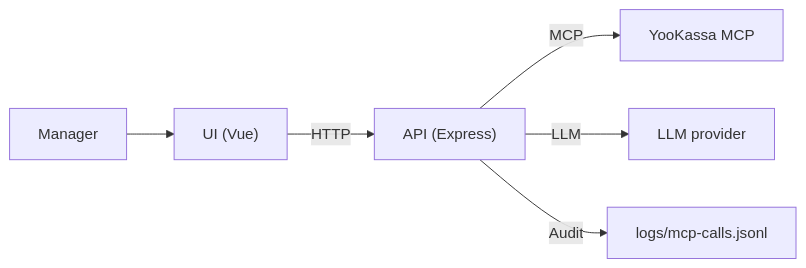
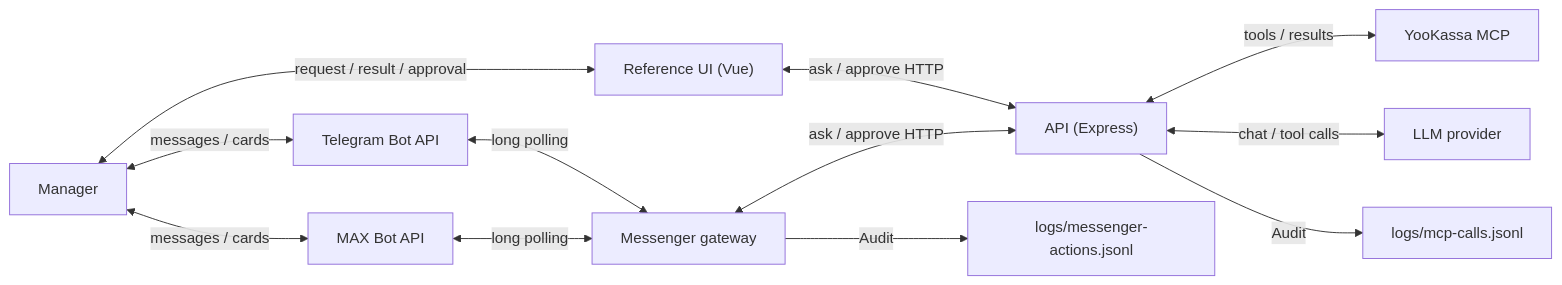
Before and after one commit to alekstar79/ykassa-mcp-integrator: the diagram in docs/architecture.md, drawn with Mermaid. The commit also changed other lines of this file and 10 other files, not shown here.

First line of the commit message:
docs: align architecture and product guidance

````diff
--- a/docs/architecture.md
+++ b/docs/architecture.md
@@ -5,8 +5,14 @@
 ```mermaid
 flowchart LR
-    Manager["Manager"] --> UI["UI (Vue)"]
-    UI -->|HTTP| API["API (Express)"]
-    API -->|MCP| MCP["YooKassa MCP"]
-    API -->|LLM| LLM["LLM provider"]
+    Manager["Manager"] <-->|request / result / approval| UI["Reference UI (Vue)"]
+    UI <-->|ask / approve HTTP| API["API (Express)"]
+    Manager <-->|messages / cards| TG["Telegram Bot API"]
+    TG <-->|long polling| Gateway["Messenger gateway"]
+    Manager <-->|messages / cards| MAX["MAX Bot API"]
+    MAX <-->|long polling| Gateway
+    Gateway <-->|ask / approve HTTP| API
+    API <-->|tools / results| MCP["YooKassa MCP"]
+    API <-->|chat / tool calls| LLM["LLM provider"]
     API -->|Audit| Logs["logs/mcp-calls.jsonl"]
+    Gateway -->|Audit| MessengerLogs["logs/messenger-actions.jsonl"]
 ```
````
